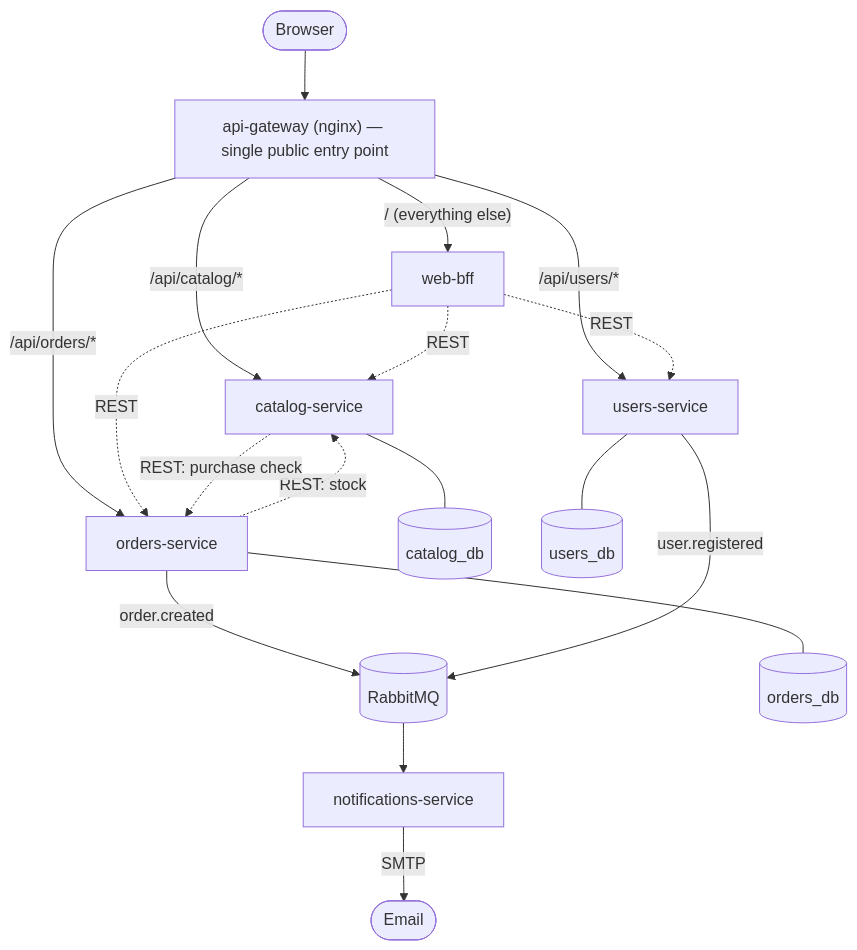
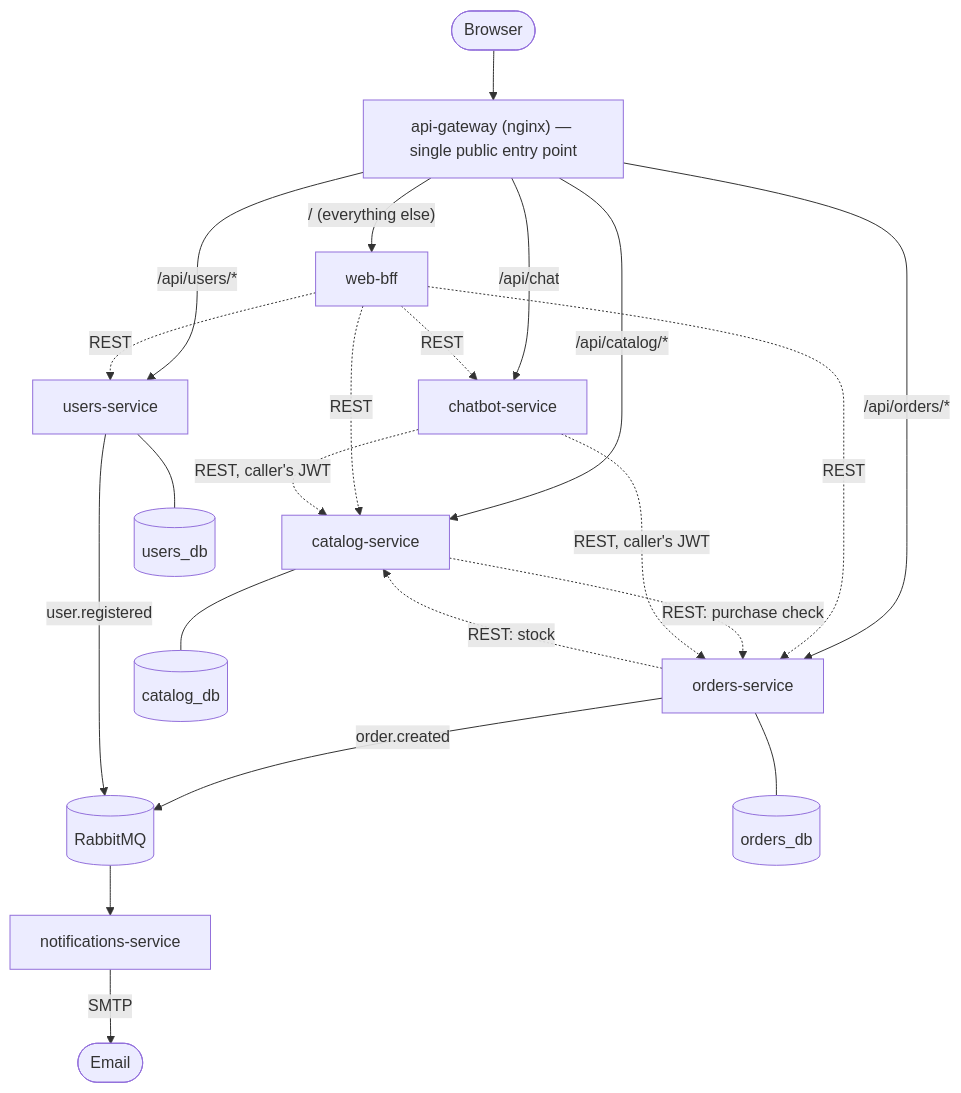
The diagram in README.md (achrafes20/Gaming_store), drawn with Mermaid before and after one commit. The commit also changed other lines of this file and 97 other files, not shown here.

````diff
--- a/README.md
+++ b/README.md
@@ -22,23 +24,27 @@
 ```mermaid
 flowchart TB
     Browser(["Browser"]) --> Gateway["api-gateway (nginx) — single public entry point"]
 
     Gateway -->|/api/catalog/*| Catalog["catalog-service"]
     Gateway -->|/api/orders/*| Orders["orders-service"]
     Gateway -->|/api/users/*| Users["users-service"]
+    Gateway -->|/api/chat| Chatbot["chatbot-service"]
     Gateway -->|"/ (everything else)"| BFF["web-bff"]
 
     BFF -.->|REST| Catalog
     BFF -.->|REST| Orders
     BFF -.->|REST| Users
+    BFF -.->|REST| Chatbot
     Orders -.->|"REST: stock"| Catalog
     Catalog -.->|"REST: purchase check"| Orders
+    Chatbot -.->|"REST, caller's JWT"| Catalog
+    Chatbot -.->|"REST, caller's JWT"| Orders
 
     Orders -->|order.created| MQ[("RabbitMQ")]
     Users -->|user.registered| MQ
     MQ --> Notif["notifications-service"] -->|SMTP| Email(["Email"])
 
     Catalog --- CatalogDB[("catalog_db")]
     Orders --- OrdersDB[("orders_db")]
     Users --- UsersDB[("users_db")]
 ```
````
